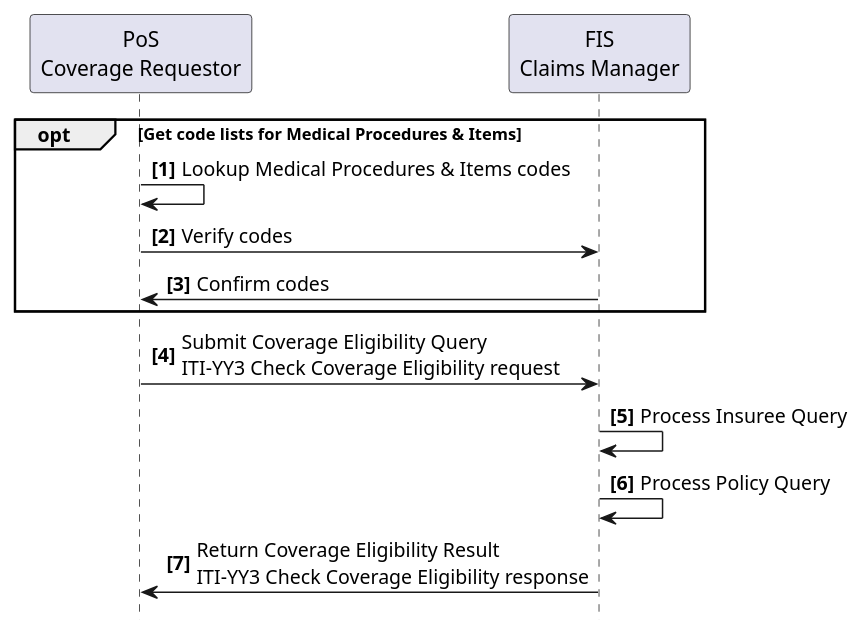
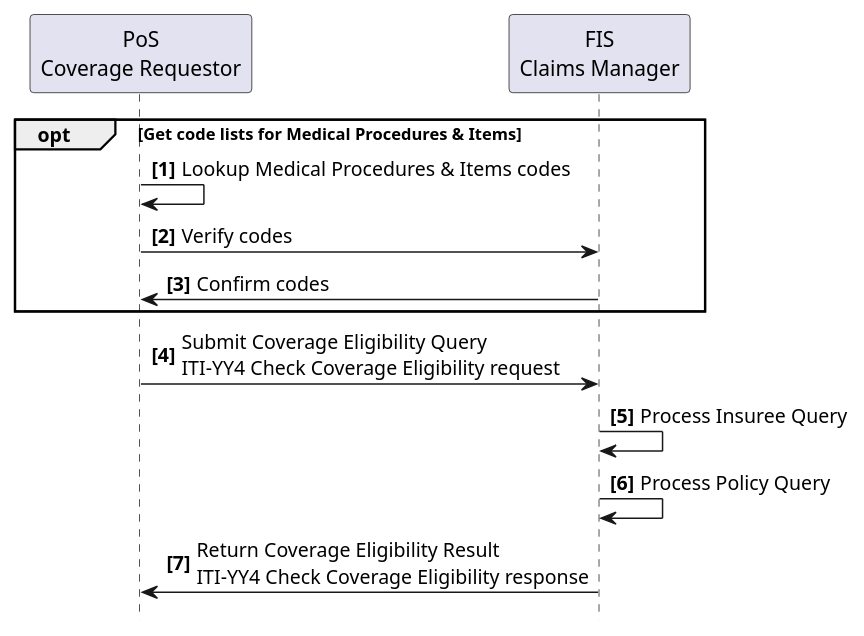
The diagram in input/images-source/usecase2-processflow.plantuml (IHE/ITI.Finance), drawn with PlantUML before and after one commit. The commit also changed 8 other files, not shown here.

```diff
--- a/input/images-source/usecase2-processflow.plantuml
+++ b/input/images-source/usecase2-processflow.plantuml
@@ -1,21 +1,21 @@
 @startuml
 skinparam svgDimensionStyle false
 hide footbox
 autonumber "<b>[0]"
 
 participant "PoS\nCoverage Requestor" as App
 participant "FIS\nClaims Manager" as FIS
 
 
 opt Get code lists for Medical Procedures & Items
 	App -> App: Lookup Medical Procedures & Items codes
 	App -> FIS: Verify codes
 	FIS -> App: Confirm codes
 end opt
 
-App -> FIS: Submit Coverage Eligibility Query\nITI-YY3 Check Coverage Eligibility request
+App -> FIS: Submit Coverage Eligibility Query\nITI-YY4 Check Coverage Eligibility request
 FIS -> FIS: Process Insuree Query
 FIS -> FIS: Process Policy Query
-FIS -> App: Return Coverage Eligibility Result\nITI-YY3 Check Coverage Eligibility response
+FIS -> App: Return Coverage Eligibility Result\nITI-YY4 Check Coverage Eligibility response
 
 @enduml
```
